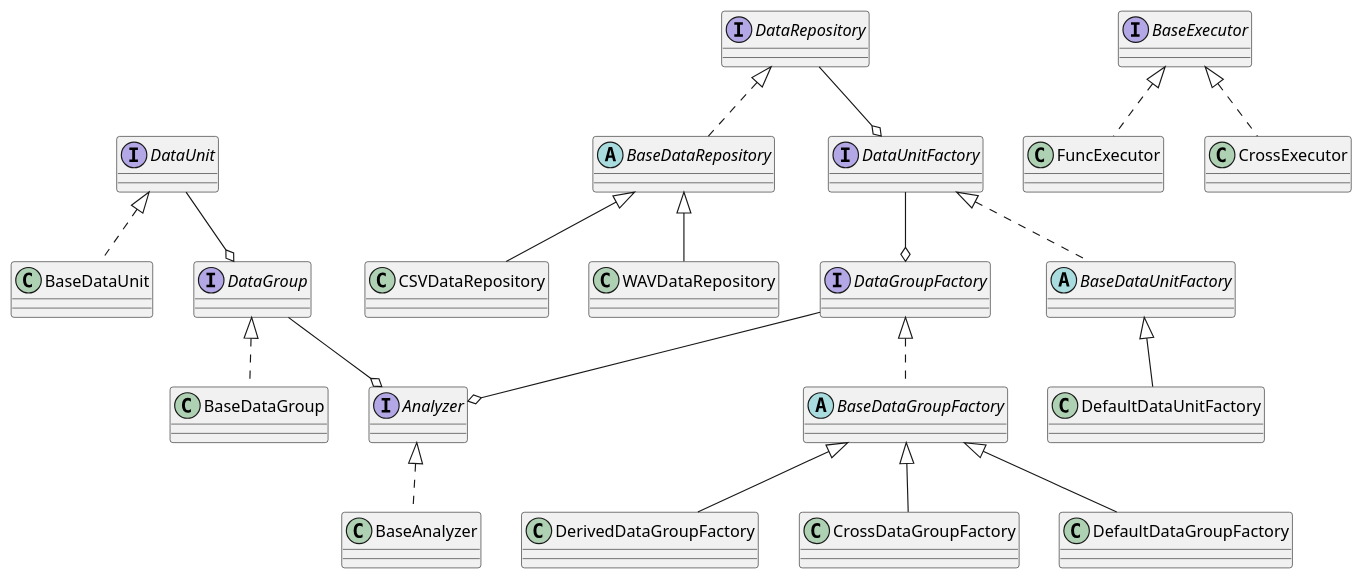
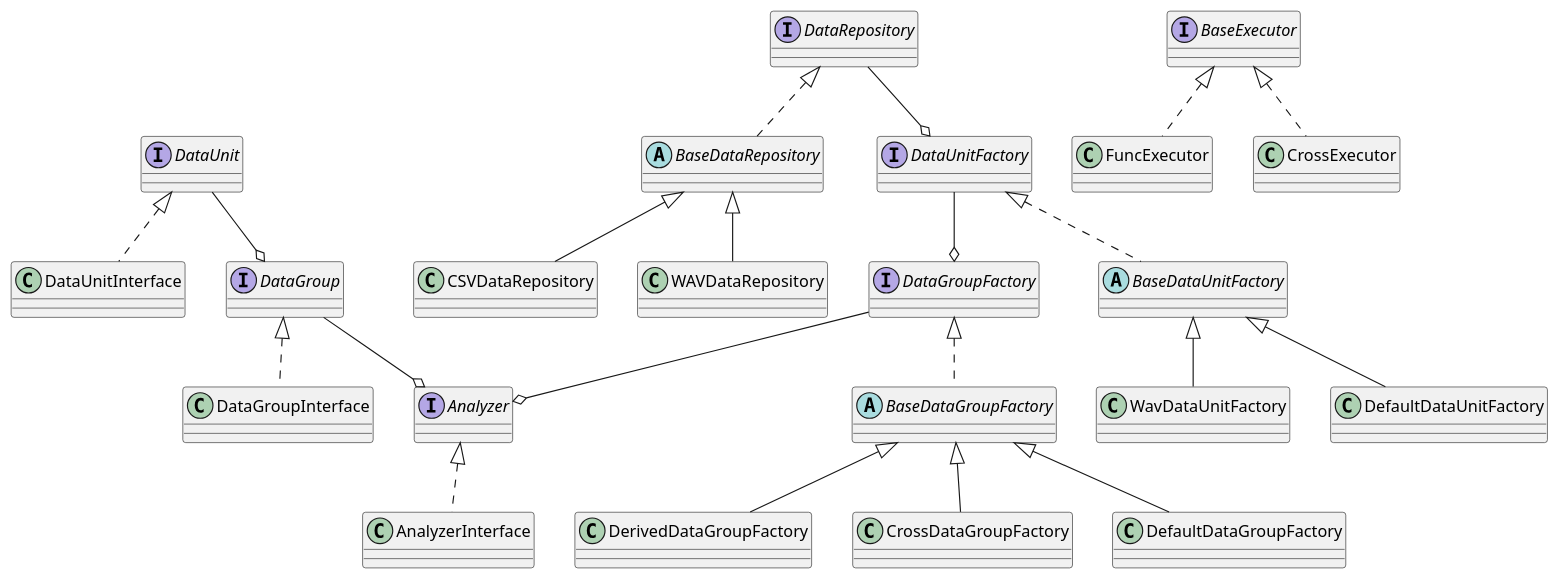
Before and after one commit to Untarose/analyzer: the diagram in docs/class_diagram.puml, drawn with PlantUML. The commit also changed 9 other files, not shown here.

Commit message:
DataUnitFactoryの具象クラス（Default, Wav）の実装とテスト

```diff
--- a/docs/class_diagram.puml
+++ b/docs/class_diagram.puml
@@ -1,40 +1,41 @@
 @startuml src
 ' 主要部分
-interface BaseAnalyzer
-interface BaseDataUnit
-interface BaseDataGroup
+interface AnalyzerInterface
+interface DataUnitInterface
+interface DataGroupInterface
 
-class BaseAnalyzer implements Analyzer
-class BaseDataUnit implements DataUnit
-class BaseDataGroup implements DataGroup
+class AnalyzerInterface implements Analyzer
+class DataUnitInterface implements DataUnit
+class DataGroupInterface implements DataGroup
 
 ' DataUnitFactory
 interface DataUnitFactory
 abstract BaseDataUnitFactory implements DataUnitFactory
 class DefaultDataUnitFactory extends BaseDataUnitFactory
+class WavDataUnitFactory extends BaseDataUnitFactory
 
 ' DataGroupFactory
 interface DataGroupFactory
 abstract BaseDataGroupFactory implements DataGroupFactory
 class DefaultDataGroupFactory extends BaseDataGroupFactory
 class DerivedDataGroupFactory extends BaseDataGroupFactory
 class CrossDataGroupFactory extends BaseDataGroupFactory
 
 ' DataRepository
 interface DataRepository
 abstract BaseDataRepository implements DataRepository
 class CSVDataRepository extends BaseDataRepository
 class WAVDataRepository extends BaseDataRepository
 
 ' Executer
 interface BaseExecutor
 class FuncExecutor implements BaseExecutor
 class CrossExecutor implements BaseExecutor
 
 ' デザイン間
 DataUnit --o DataGroup
 DataGroup --o Analyzer
 DataUnitFactory --o DataGroupFactory
 DataGroupFactory --o Analyzer
 DataRepository --o DataUnitFactory
 @enduml
```
